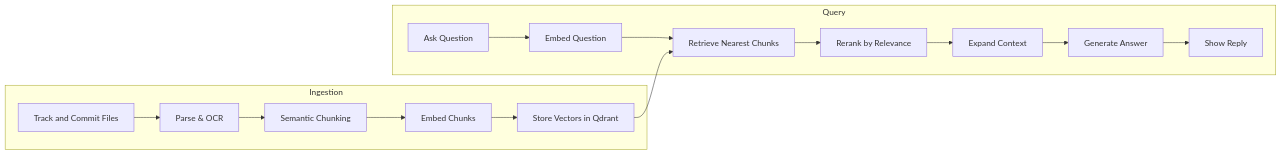
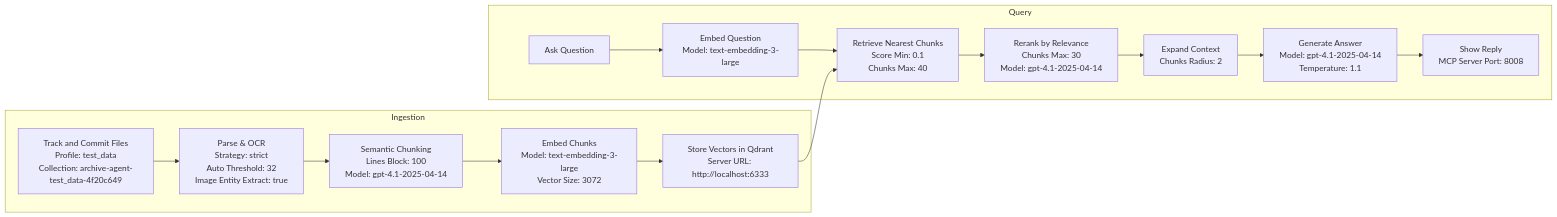
The diagram in README.md (shredEngineer/Archive-Agent), drawn with Mermaid before and after one commit. The commit also changed other lines of this file and 4 other files, not shown here.

````diff
--- a/README.md
+++ b/README.md
@@ -243,22 +53,22 @@
 ```mermaid
 graph LR
 
   %% Ingestion Pipeline
   subgraph Ingestion
-    A[Track and Commit Files] --> B[Parse & OCR]
-    B --> C[Semantic Chunking]
-    C --> D[Embed Chunks]
-    D --> E[Store Vectors in Qdrant]
+    A[Track and Commit Files<br>Profile: test_data<br>Collection: archive-agent-test_data-4f20c649] --> B[Parse & OCR<br>Strategy: strict<br>Auto Threshold: 32<br>Image Entity Extract: true]
+    B --> C[Semantic Chunking<br>Lines Block: 100<br>Model: gpt-4.1-2025-04-14]
+    C --> D[Embed Chunks<br>Model: text-embedding-3-large<br>Vector Size: 3072]
+    D --> E[Store Vectors in Qdrant<br>Server URL: http://localhost:6333]
   end
 
   %% Query Pipeline
   subgraph Query
-    F[Ask Question] --> G[Embed Question]
-    G --> H[Retrieve Nearest Chunks]
+    F[Ask Question] --> G[Embed Question<br>Model: text-embedding-3-large]
+    G --> H[Retrieve Nearest Chunks<br>Score Min: 0.1<br>Chunks Max: 40]
     E --> H
-    H --> I[Rerank by Relevance]
-    I --> J[Expand Context]
-    J --> K[Generate Answer]
-    K --> L[Show Reply]
+    H --> I[Rerank by Relevance<br>Chunks Max: 30<br>Model: gpt-4.1-2025-04-14]
+    I --> J[Expand Context<br>Chunks Radius: 2]
+    J --> K[Generate Answer<br>Model: gpt-4.1-2025-04-14<br>Temperature: 1.1]
+    K --> L[Show Reply<br>MCP Server Port: 8008]
   end
 ```
````
